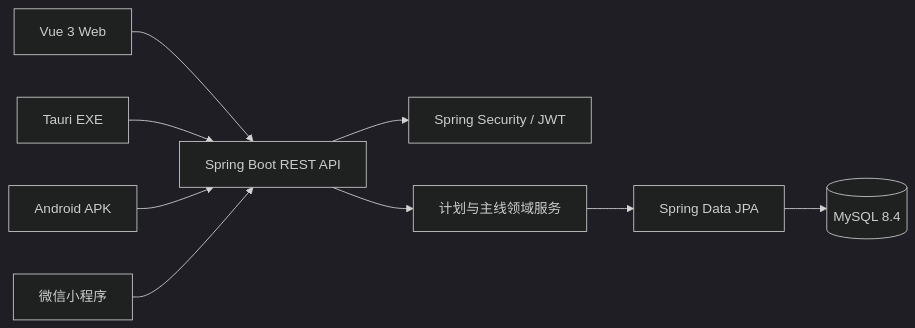
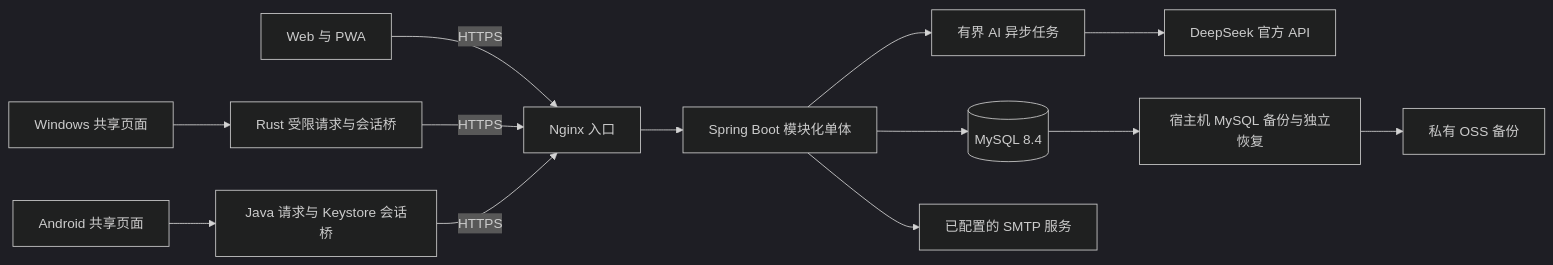
One commit to oyts/plan-platform changed the first of 2 diagrams in docs/architecture.md. Above: the diagram before and after it, drawn with Mermaid (dark theme). The commit also changed other lines of this file and 37 other files, not shown here.

````diff
--- a/docs/architecture.md
+++ b/docs/architecture.md
@@ -5,11 +7,15 @@
 ```mermaid
 flowchart LR
-  WEB[Vue 3 Web] --> API[Spring Boot REST API]
-  EXE[Tauri EXE] --> API
-  APK[Android APK] --> API
-  WX[微信小程序] --> API
-  API --> AUTH[Spring Security / JWT]
-  API --> DOMAIN[计划与主线领域服务]
-  DOMAIN --> JPA[Spring Data JPA]
-  JPA --> DB[(MySQL 8.4)]
+  Web[Web 与 PWA] -->|HTTPS| Nginx[Nginx 入口]
+  Win[Windows 共享页面] --> Rust[Rust 受限请求与会话桥]
+  Android[Android 共享页面] --> Java[Java 请求与 Keystore 会话桥]
+  Rust -->|HTTPS| Nginx
+  Java -->|HTTPS| Nginx
+  Nginx --> API[Spring Boot 模块化单体]
+  API --> DB[(MySQL 8.4)]
+  API --> Worker[有界 AI 异步任务]
+  Worker --> DeepSeek[DeepSeek 官方 API]
+  API --> SMTP[已配置的 SMTP 服务]
+  DB --> Backup[宿主机 MySQL 备份与独立恢复]
+  Backup --> OSS[私有 OSS 备份]
 ```
````
